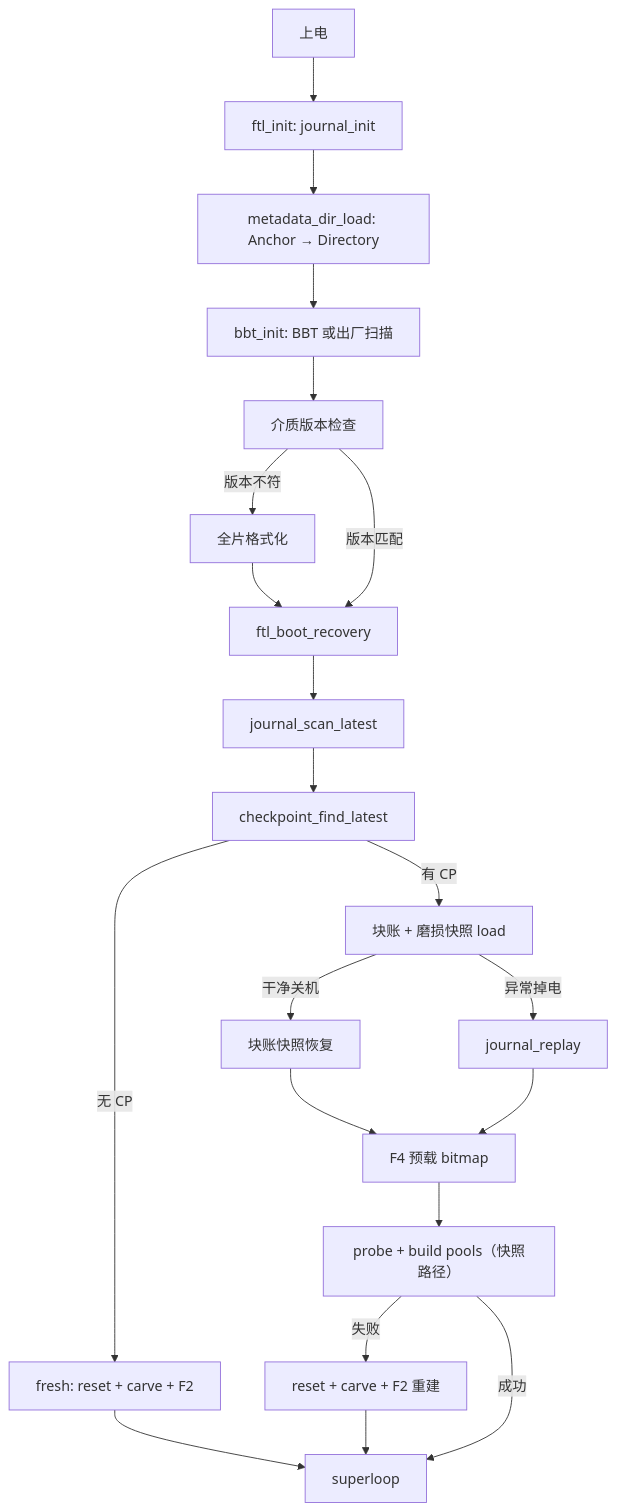
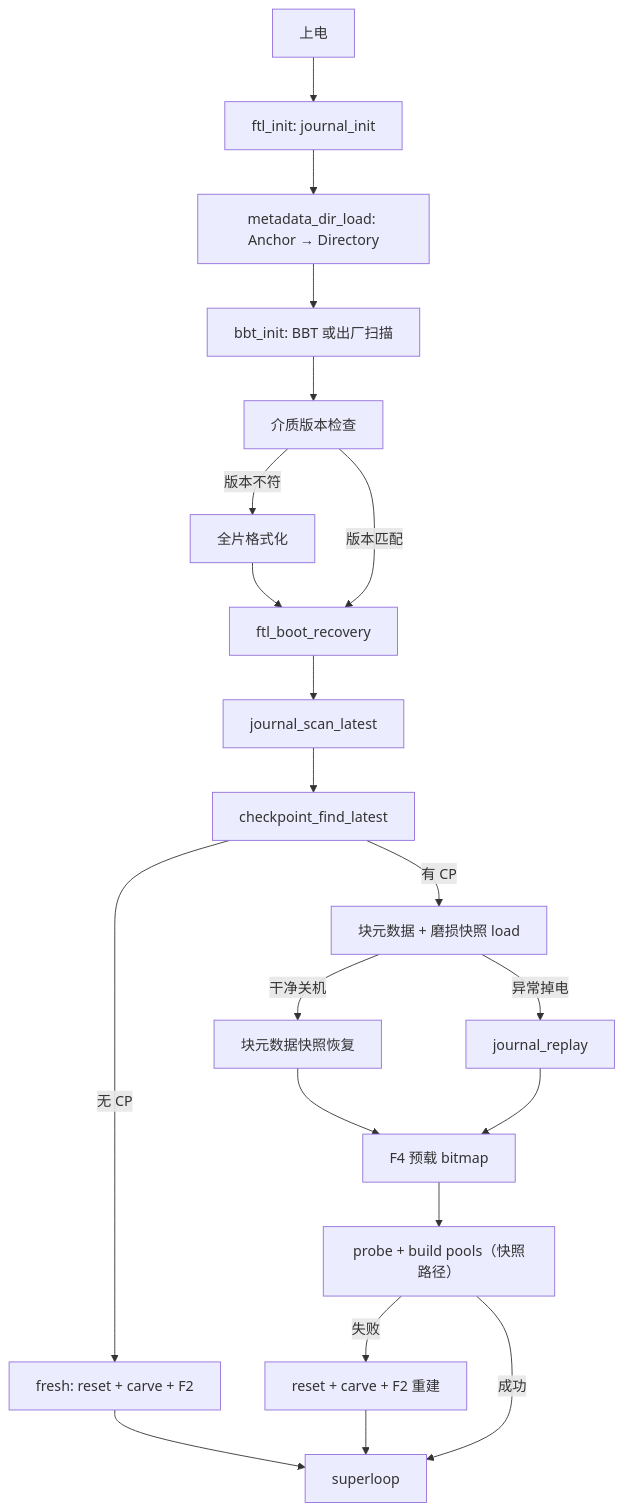
The third of 32 diagrams in docs/design/ftl_design.md (YzYMIAO/BASESSD), drawn with Mermaid before and after one commit. The commit also changed other lines of this file and 18 other files, not shown here.

````diff
--- a/docs/design/ftl_design.md
+++ b/docs/design/ftl_design.md
@@ -768,23 +768,23 @@
 ```mermaid
 flowchart TD
     PWR["上电"] --> JI["ftl_init: journal_init"]
     JI --> MDL["metadata_dir_load: Anchor → Directory"]
     MDL --> BBTI["bbt_init: BBT 或出厂扫描"]
     BBTI --> VER["介质版本检查"]
     VER -- "版本不符" --> FMT["全片格式化"]
     VER -- "版本匹配" --> BR["ftl_boot_recovery"]
     FMT --> BR
     BR --> JS["journal_scan_latest"]
     JS --> CPF["checkpoint_find_latest"]
     CPF -- "无 CP" --> FRESH["fresh: reset + carve + F2"]
-    CPF -- "有 CP" --> LS["块账 + 磨损快照 load"]
-    LS -- "干净关机" --> CL["块账快照恢复"]
+    CPF -- "有 CP" --> LS["块元数据 + 磨损快照 load"]
+    LS -- "干净关机" --> CL["块元数据快照恢复"]
     LS -- "异常掉电" --> JR["journal_replay"]
     CL --> F4["F4 预载 bitmap"]
     JR --> F4
     F4 --> POOL["probe + build pools（快照路径）"]
     POOL -- "失败" --> FB["reset + carve + F2 重建"]
     POOL -- "成功" --> LOOP["superloop"]
     FRESH --> LOOP
     FB --> LOOP
 ```
````
